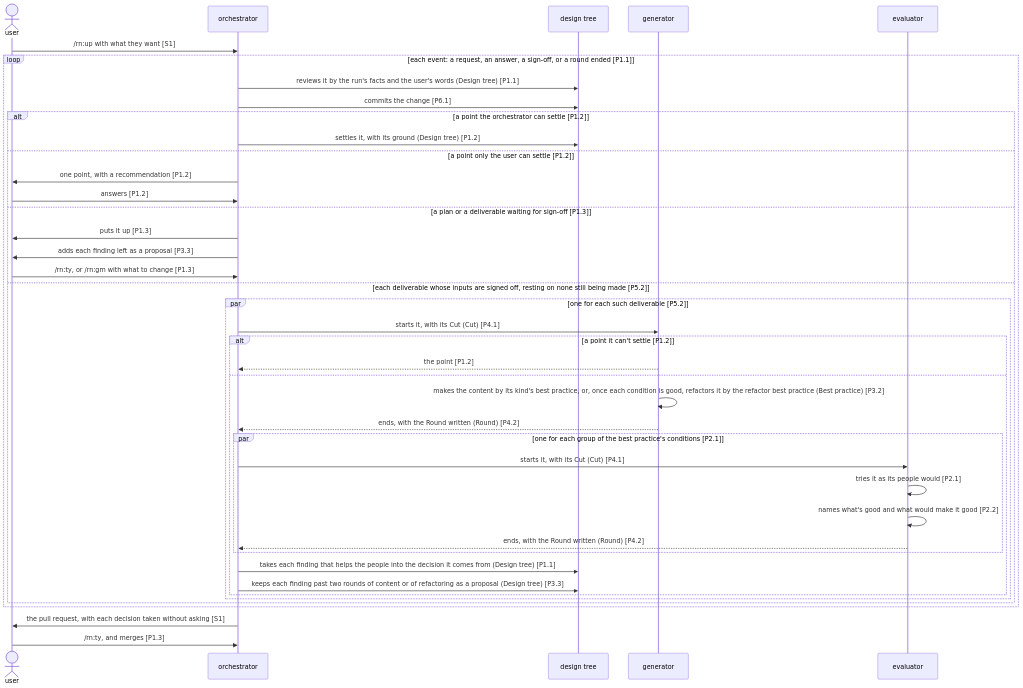
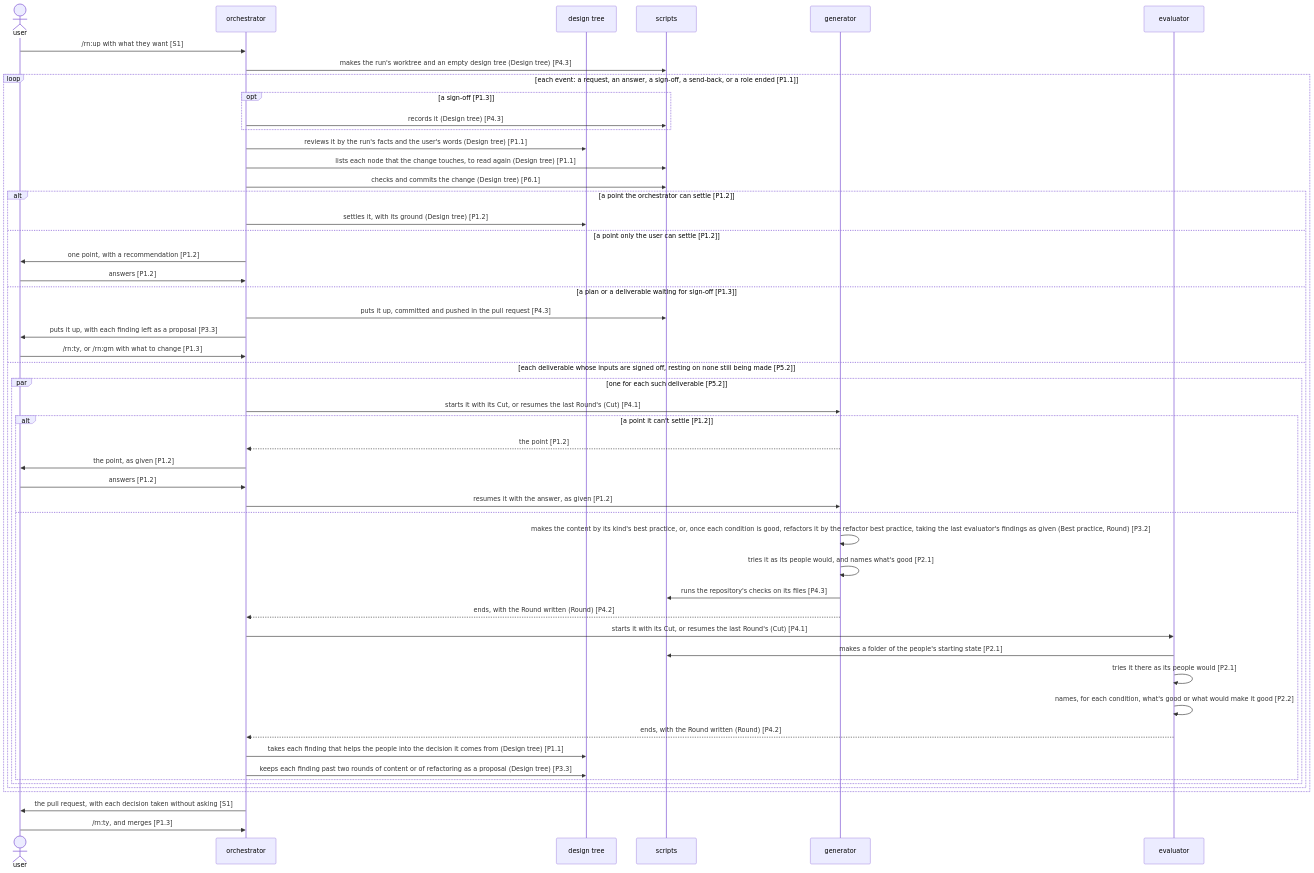
One commit to lovaizu/ccpm changed the first of 2 diagrams in dev/rn/architecture.md. Above: the diagram before and after it, drawn with Mermaid. The commit also changed other lines of this file and 2 other files, not shown here.

````diff
--- a/dev/rn/architecture.md
+++ b/dev/rn/architecture.md
@@ -88,43 +106,53 @@
 ```mermaid
 sequenceDiagram
   actor U as user
   participant O as orchestrator
   participant T as design tree
+  participant S as scripts
   participant G as generator
   participant E as evaluator
   U->>O: /rn:up with what they want [S1]
-  loop each event: a request, an answer, a sign-off, or a round ended [P1.1]
+  O->>S: makes the run's worktree and an empty design tree (Design tree) [P4.3]
+  loop each event: a request, an answer, a sign-off, a send-back, or a role ended [P1.1]
+    opt a sign-off [P1.3]
+      O->>S: records it (Design tree) [P4.3]
+    end
     O->>T: reviews it by the run's facts and the user's words (Design tree) [P1.1]
-    O->>T: commits the change [P6.1]
+    O->>S: lists each node that the change touches, to read again (Design tree) [P1.1]
+    O->>S: checks and commits the change (Design tree) [P6.1]
     alt a point the orchestrator can settle [P1.2]
       O->>T: settles it, with its ground (Design tree) [P1.2]
     else a point only the user can settle [P1.2]
       O->>U: one point, with a recommendation [P1.2]
       U->>O: answers [P1.2]
     else a plan or a deliverable waiting for sign-off [P1.3]
-      O->>U: puts it up [P1.3]
-      O->>U: adds each finding left as a proposal [P3.3]
+      O->>S: puts it up, committed and pushed in the pull request [P4.3]
+      O->>U: puts it up, with each finding left as a proposal [P3.3]
       U->>O: /rn:ty, or /rn:gm with what to change [P1.3]
     else each deliverable whose inputs are signed off, resting on none still being made [P5.2]
       par one for each such deliverable [P5.2]
-        O->>G: starts it, with its Cut (Cut) [P4.1]
+        O->>G: starts it with its Cut, or resumes the last Round's (Cut) [P4.1]
         alt a point it can't settle [P1.2]
           G-->>O: the point [P1.2]
+          O->>U: the point, as given [P1.2]
+          U->>O: answers [P1.2]
+          O->>G: resumes it with the answer, as given [P1.2]
         else
-          G->>G: makes the content by its kind's best practice, or, once each condition is good, refactors it by the refactor best practice (Best practice) [P3.2]
+          G->>G: makes the content by its kind's best practice, or, once each condition is good, refactors it by the refactor best practice, taking the last evaluator's findings as given (Best practice, Round) [P3.2]
+          G->>G: tries it as its people would, and names what's good [P2.1]
+          G->>S: runs the repository's checks on its files [P4.3]
           G-->>O: ends, with the Round written (Round) [P4.2]
-          par one for each group of the best practice's conditions [P2.1]
-            O->>E: starts it, with its Cut (Cut) [P4.1]
-            E->>E: tries it as its people would [P2.1]
-            E->>E: names what's good and what would make it good [P2.2]
-            E-->>O: ends, with the Round written (Round) [P4.2]
-          end
+          O->>E: starts it with its Cut, or resumes the last Round's (Cut) [P4.1]
+          E->>S: makes a folder of the people's starting state [P2.1]
+          E->>E: tries it there as its people would [P2.1]
+          E->>E: names, for each condition, what's good or what would make it good [P2.2]
+          E-->>O: ends, with the Round written (Round) [P4.2]
           O->>T: takes each finding that helps the people into the decision it comes from (Design tree) [P1.1]
           O->>T: keeps each finding past two rounds of content or of refactoring as a proposal (Design tree) [P3.3]
         end
       end
     end
   end
   O->>U: the pull request, with each decision taken without asking [S1]
   U->>O: /rn:ty, and merges [P1.3]
 ```
````
